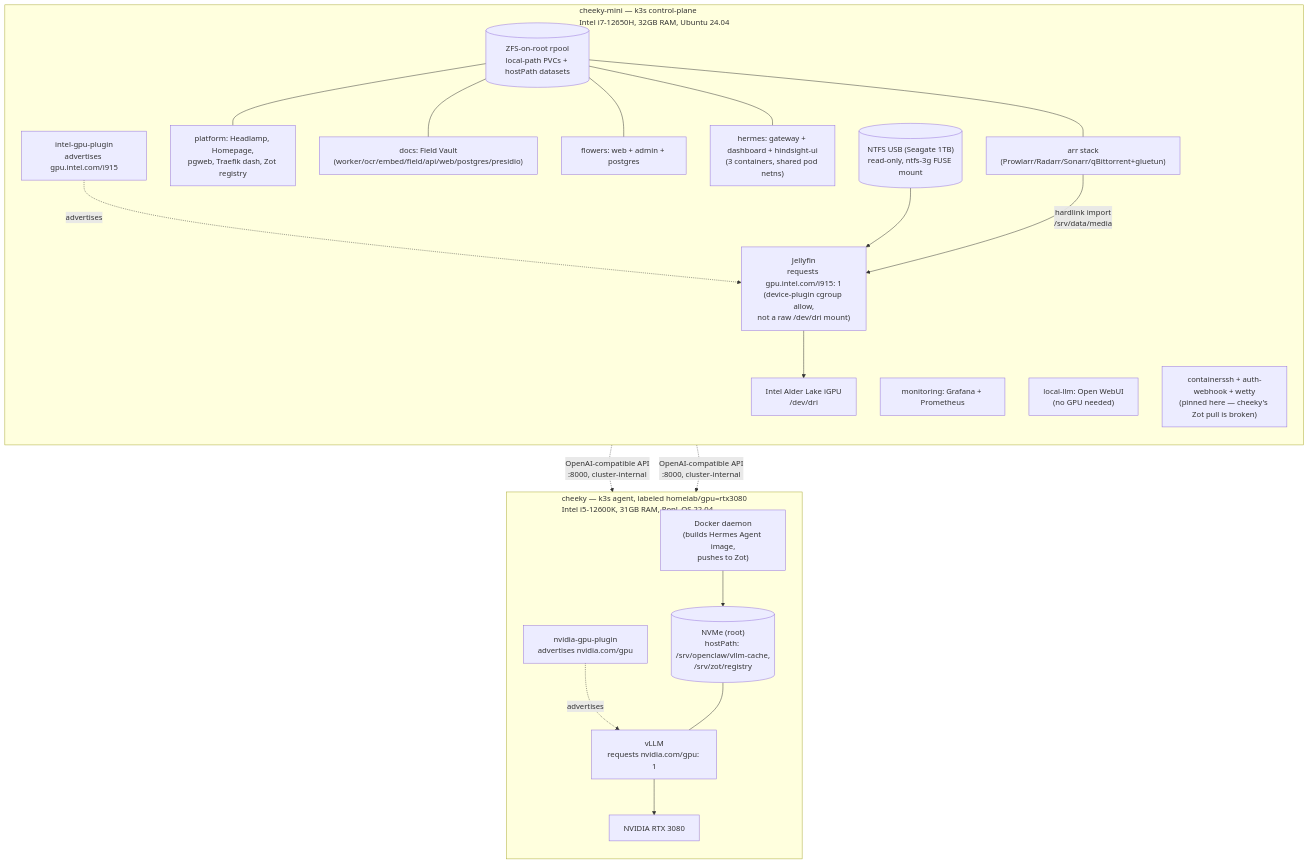
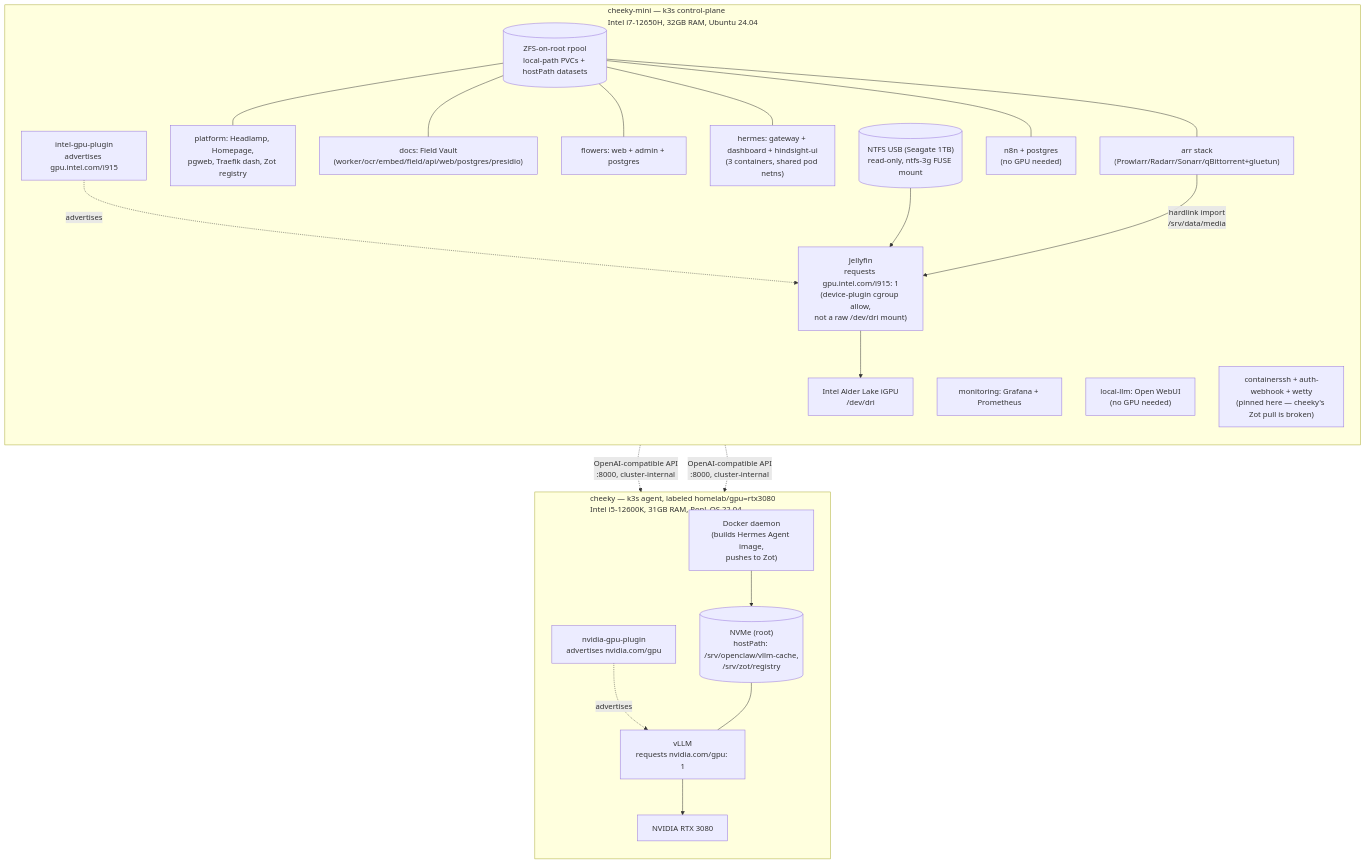
One commit to rj-1234/homelab changed the second of 3 diagrams in docs/ARCHITECTURE.md. Above: the diagram before and after it, drawn with Mermaid. The commit also changed other lines of this file and 10 other files, not shown here.

````diff
--- a/docs/ARCHITECTURE.md
+++ b/docs/ARCHITECTURE.md
@@ -143,47 +147,49 @@
 ```mermaid
 flowchart TB
     subgraph mini["cheeky-mini — k3s control-plane\nIntel i7-12650H, 32GB RAM, Ubuntu 24.04"]
         direction TB
         igpu["Intel Alder Lake iGPU\n/dev/dri"]
         intelplugin["intel-gpu-plugin\nadvertises gpu.intel.com/i915"]
         zfsroot[("ZFS-on-root rpool\nlocal-path PVCs + hostPath datasets")]
         usb[("NTFS USB (Seagate 1TB)\nread-only, ntfs-3g FUSE mount")]
 
         jellyfin["Jellyfin\nrequests gpu.intel.com/i915: 1\n(device-plugin cgroup allow,\nnot a raw /dev/dri mount)"]
         arr["arr stack\n(Prowlarr/Radarr/Sonarr/qBittorrent+gluetun)"]
         platformpods["platform: Headlamp, Homepage,\npgweb, Traefik dash, Zot registry"]
         monitoring["monitoring: Grafana + Prometheus"]
         docs["docs: Field Vault\n(worker/ocr/embed/field/api/web/postgres/presidio)"]
         flowers["flowers: web + admin + postgres"]
         hermes["hermes: gateway + dashboard + hindsight-ui\n(3 containers, shared pod netns)"]
         owui["local-llm: Open WebUI\n(no GPU needed)"]
         cssh["containerssh + auth-webhook + wetty\n(pinned here — cheeky's Zot pull is broken)"]
+        n8n["n8n + postgres\n(no GPU needed)"]
 
         intelplugin -.->|advertises| jellyfin
         jellyfin --> igpu
         zfsroot --- platformpods
         zfsroot --- docs
         zfsroot --- flowers
         zfsroot --- hermes
         zfsroot --- arr
+        zfsroot --- n8n
         usb --> jellyfin
         arr -->|"hardlink import\n/srv/data/media"| jellyfin
     end
 
     subgraph gpu["cheeky — k3s agent, labeled homelab/gpu=rtx3080\nIntel i5-12600K, 31GB RAM, Pop!_OS 22.04"]
         direction TB
         rtx["NVIDIA RTX 3080"]
         nvidiaplugin["nvidia-gpu-plugin\nadvertises nvidia.com/gpu"]
         vllm["vLLM\nrequests nvidia.com/gpu: 1"]
         localdisk[("NVMe (root)\nhostPath: /srv/openclaw/vllm-cache,\n/srv/zot/registry")]
         docker["Docker daemon\n(builds Hermes Agent image,\npushes to Zot)"]
 
         nvidiaplugin -.->|advertises| vllm
         vllm --> rtx
         localdisk --- vllm
         docker --> localdisk
     end
 
     hermes -.->|"OpenAI-compatible API\n:8000, cluster-internal"| vllm
     owui -.->|"OpenAI-compatible API\n:8000, cluster-internal"| vllm
 ```
````
